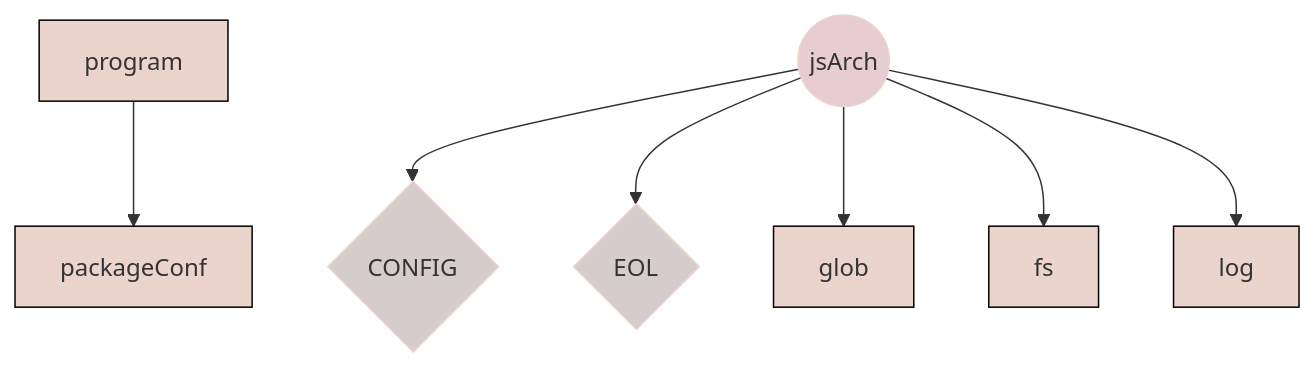
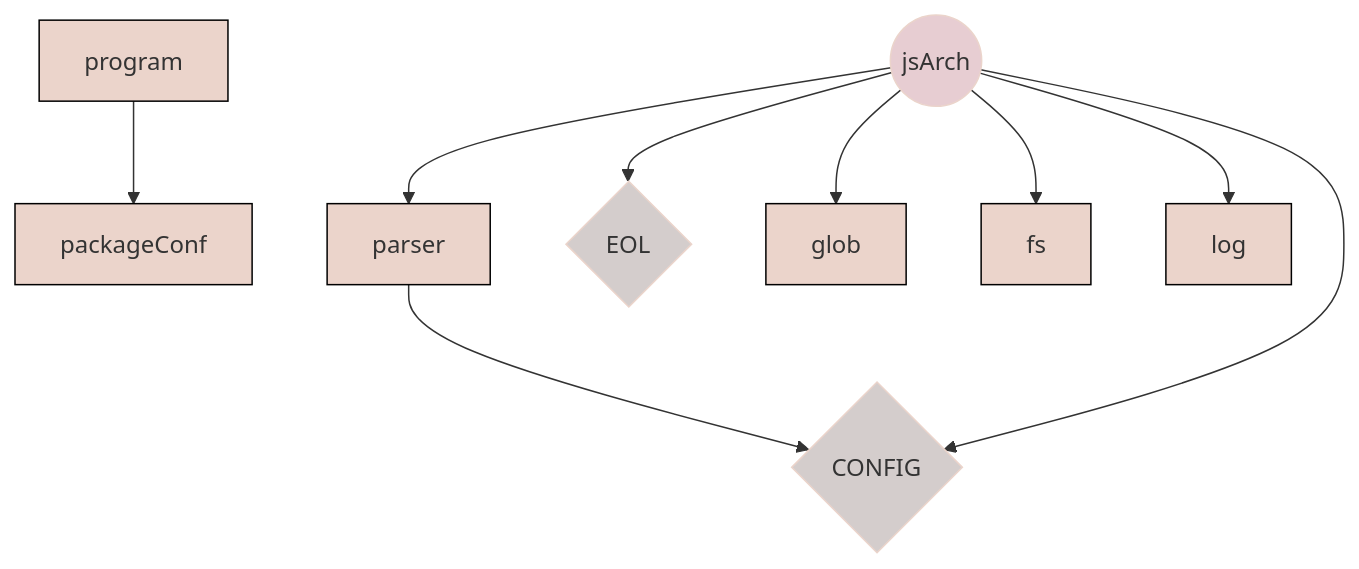
Before and after one commit to nfroidure/jsarch: the diagram in DEPENDENCIES.mmd, drawn with Mermaid. The commit also changed 8 other files, not shown here.

```diff
--- a/DEPENDENCIES.mmd
+++ b/DEPENDENCIES.mmd
@@ -1,18 +1,21 @@
 graph TD
   program-->packageConf
+  parser-->CONFIG{CONFIG}
   jsArch((jsArch))-->CONFIG{CONFIG}
   jsArch((jsArch))-->EOL{EOL}
   jsArch((jsArch))-->glob
   jsArch((jsArch))-->fs
+  jsArch((jsArch))-->parser
   jsArch((jsArch))-->log
   classDef jsarch fill:#e7cdd2,stroke:#ebd4cb,stroke-width:1px;
   classDef config fill:#d4cdcc,stroke:#ebd4cb,stroke-width:1px;
   classDef others fill:#ebd4cb,stroke:#000,stroke-width:1px;
   class program others;
   class packageConf others;
+  class CONFIG config;
+  class parser others;
   class jsArch jsarch;
-  class CONFIG config;
   class EOL config;
   class glob others;
   class fs others;
   class log others;
```
